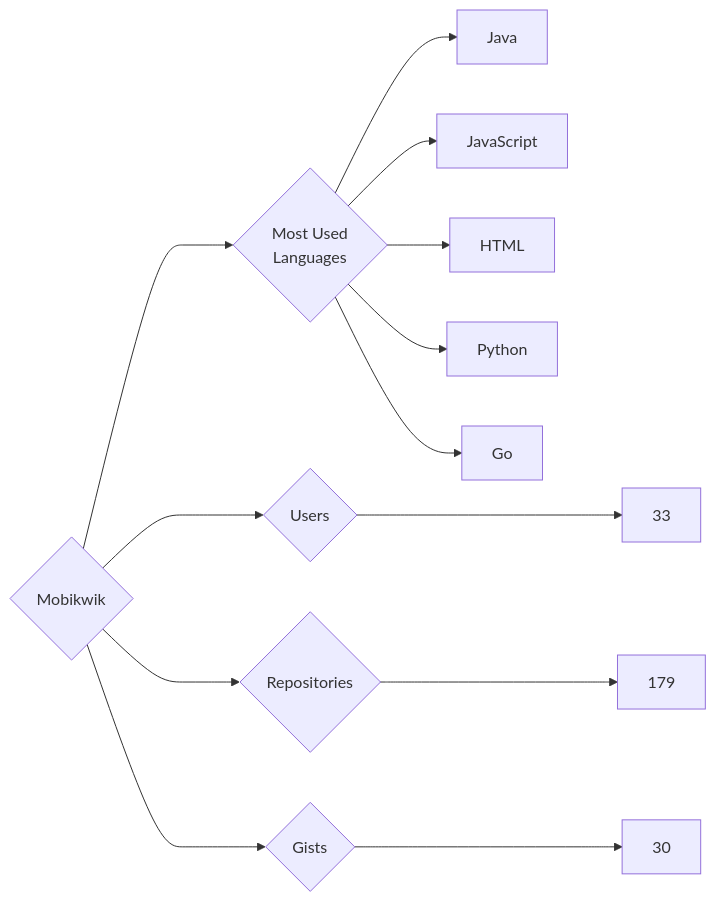
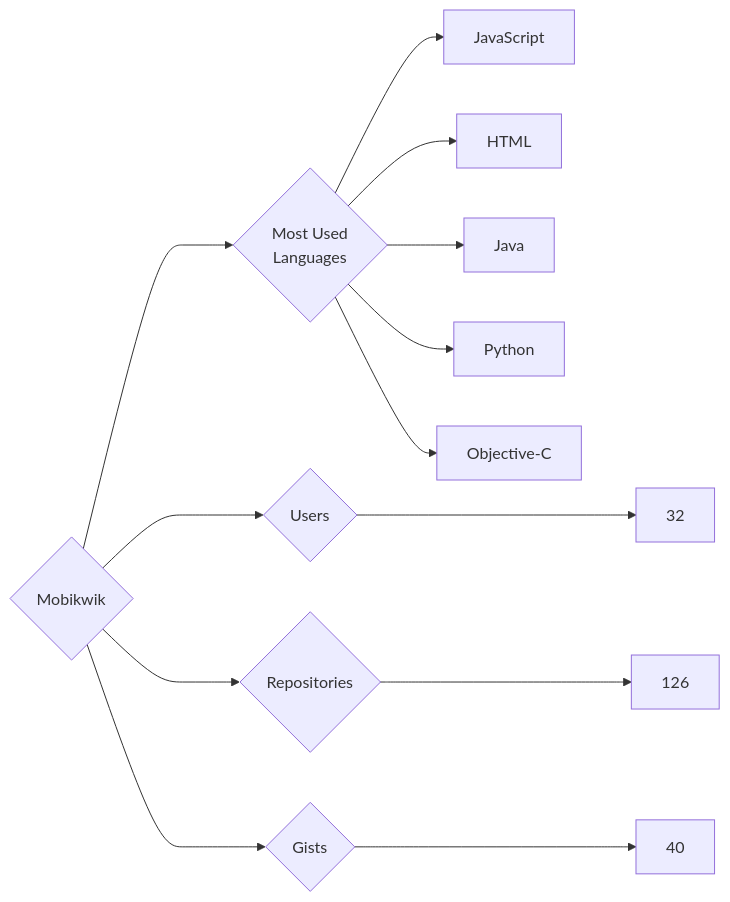
Before and after one commit to trickest/insiders: the diagram in targets/Mobikwik/README.md, drawn with Mermaid. The commit also changed 972 other files, not shown here.

````diff
--- a/targets/Mobikwik/README.md
+++ b/targets/Mobikwik/README.md
@@ -3,13 +3,13 @@
 ```mermaid
 graph LR
 COMPANY_NAME{Mobikwik}
-COMPANY_NAME ---> U{Users} ---> UN[33]
-COMPANY_NAME ---> R{Repositories} ---> RN[179]
-COMPANY_NAME ---> G{Gists} ---> GN[30]
+COMPANY_NAME ---> U{Users} ---> UN[32]
+COMPANY_NAME ---> R{Repositories} ---> RN[126]
+COMPANY_NAME ---> G{Gists} ---> GN[40]
 COMPANY_NAME ---> ML{Most Used<br>Languages}
-ML --> Java[Java]
 ML --> JavaScript[JavaScript]
 ML --> HTML[HTML]
+ML --> Java[Java]
 ML --> Python[Python]
-ML --> Go[Go]
+ML --> Objective-C[Objective-C]
 ```
````
